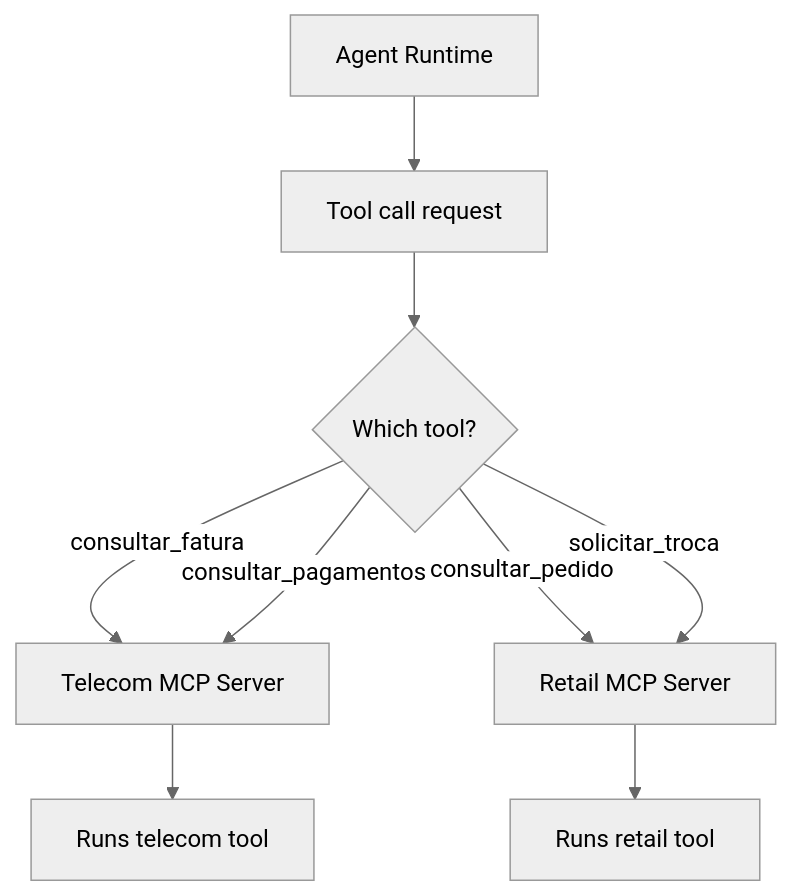
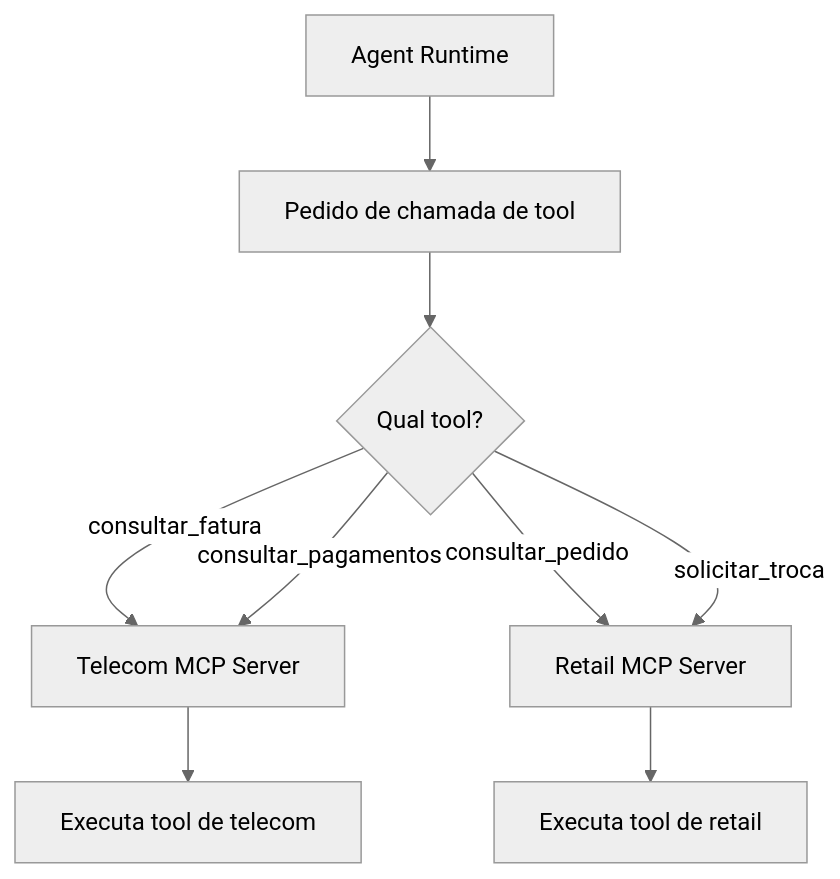
Before and after one commit to hoshikawa2/agent_framework_oci_2: the sixth of 8 diagrams in README.md, drawn with Mermaid (neutral theme). The commit also changed other lines of this file and 227 other files, not shown here.

````diff
--- a/README.md
+++ b/README.md
@@ -4766,15 +4782,15 @@
 ```mermaid
 flowchart TD
 
-    A[Agent Runtime] --> B[Tool call request]
+    A[Agent Runtime] --> B[Pedido de chamada de tool]
 
-    B --> C{Which tool?}
+    B --> C{Qual tool?}
 
     C -->|consultar_fatura| D[Telecom MCP Server]
     C -->|consultar_pagamentos| D
     C -->|consultar_pedido| E[Retail MCP Server]
     C -->|solicitar_troca| E
 
-    D --> F[Runs telecom tool]
-    E --> G[Runs retail tool]
+    D --> F[Executa tool de telecom]
+    E --> G[Executa tool de retail]
 ```
````
